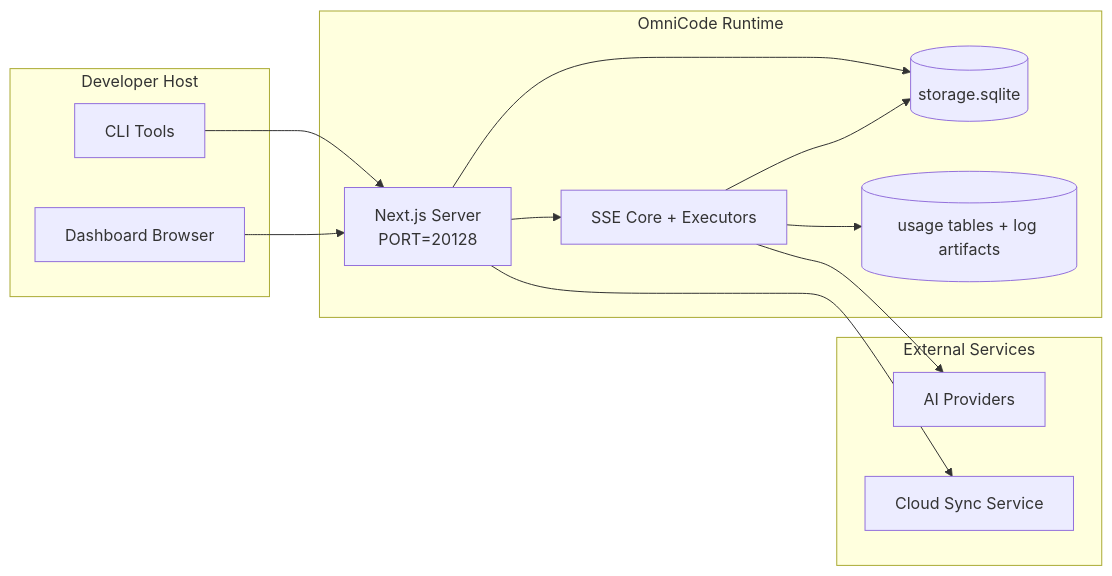
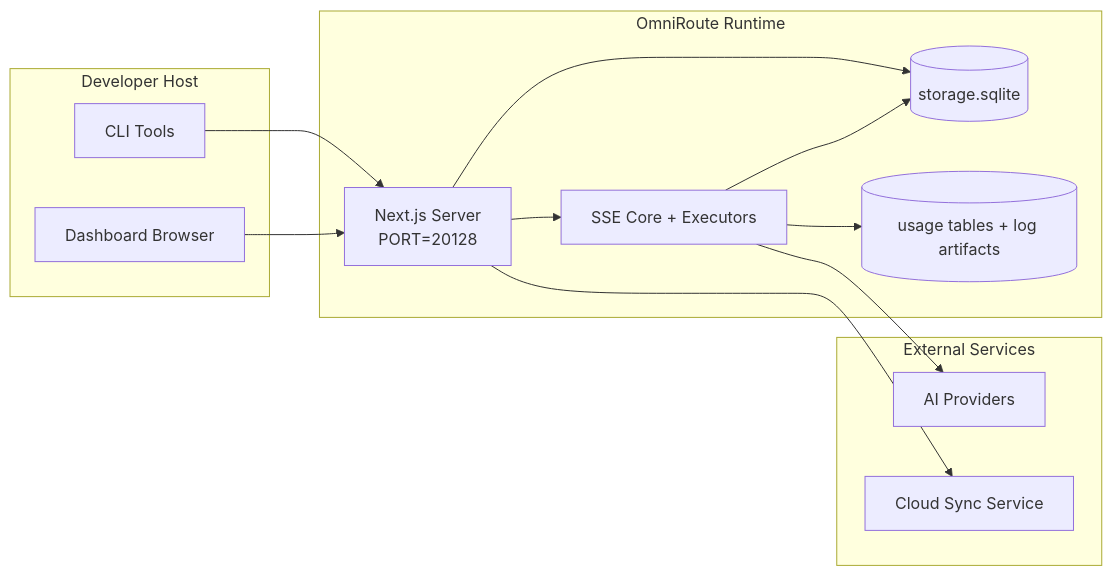
The seventh of 7 diagrams in docs/architecture/ARCHITECTURE.md (vzwjustin/OmniCode), drawn with Mermaid before and after one commit. The commit also changed other lines of this file and 167 other files, not shown here.

````diff
--- a/docs/architecture/ARCHITECTURE.md
+++ b/docs/architecture/ARCHITECTURE.md
@@ -785,28 +785,28 @@
 ```mermaid
 flowchart LR
     subgraph LocalHost[Developer Host]
         CLI[CLI Tools]
         Browser[Dashboard Browser]
     end
 
-    subgraph ContainerOrProcess[OmniCode Runtime]
+    subgraph ContainerOrProcess[OmniRoute Runtime]
         Next[Next.js Server\nPORT=20128]
         Core[SSE Core + Executors]
         MainDB[(storage.sqlite)]
         UsageDB[(usage tables + log artifacts)]
     end
 
     subgraph External[External Services]
         Providers[AI Providers]
         SyncCloud[Cloud Sync Service]
     end
 
     CLI --> Next
     Browser --> Next
     Next --> Core
     Next --> MainDB
     Core --> MainDB
     Core --> UsageDB
     Core --> Providers
     Next --> SyncCloud
 ```
````
